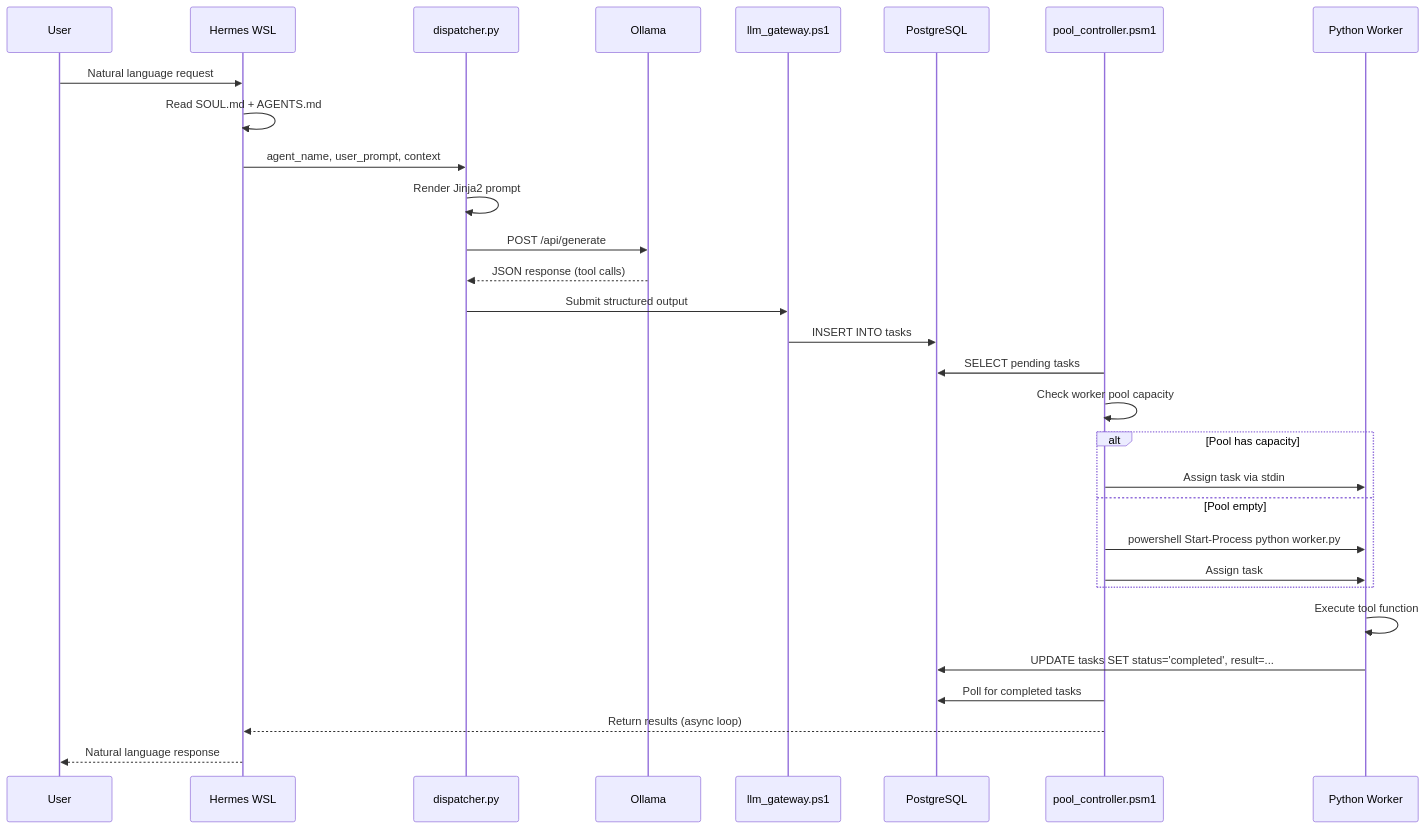
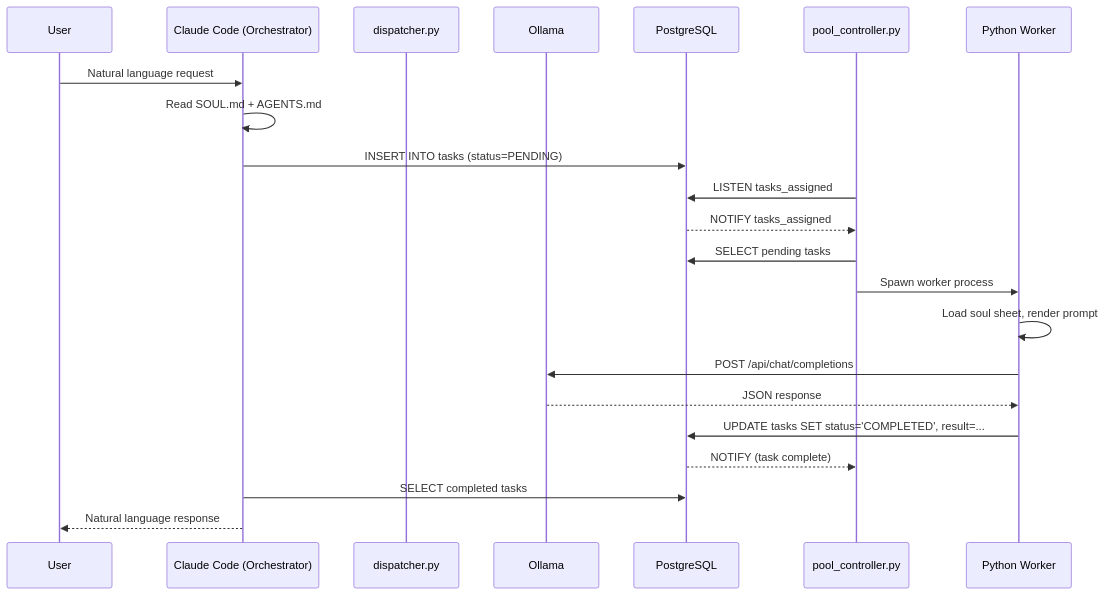
One commit to goldfly1/rasa changed the diagram in docs/ARCHITECTURE_OVERVIEW.md. Above: the diagram before and after it, drawn with Mermaid. The commit also changed other lines of this file and 71 other files, not shown here.

First line of the commit message:
Phase 1 Gate 2: Policy Engine, Memory Subsystem, LLM Gateway — all three core services built

````diff
--- a/docs/ARCHITECTURE_OVERVIEW.md
+++ b/docs/ARCHITECTURE_OVERVIEW.md
@@ -47,33 +41,25 @@
 ```mermaid
 sequenceDiagram
     participant U as User
-    participant H as Hermes WSL
+    participant CC as Claude Code (Orchestrator)
     participant D as dispatcher.py
     participant O as Ollama
-    participant G as llm_gateway.ps1
     participant DB as PostgreSQL
-    participant P as pool_controller.psm1
+    participant P as pool_controller.py
     participant W as Python Worker
 
-    U->>H: Natural language request
-    H->>H: Read SOUL.md + AGENTS.md
-    H->>D: agent_name, user_prompt, context
-    D->>D: Render Jinja2 prompt
-    D->>O: POST /api/generate
-    O-->>D: JSON response (tool calls)
-    D->>G: Submit structured output
-    G->>DB: INSERT INTO tasks
+    U->>CC: Natural language request
+    CC->>CC: Read SOUL.md + AGENTS.md
+    CC->>DB: INSERT INTO tasks (status=PENDING)
+    P->>DB: LISTEN tasks_assigned
+    DB-->>P: NOTIFY tasks_assigned
     P->>DB: SELECT pending tasks
-    P->>P: Check worker pool capacity
-    alt Pool has capacity
-        P->>W: Assign task via stdin
-    else Pool empty
-        P->>W: powershell Start-Process python worker.py
-        P->>W: Assign task
-    end
-    W->>W: Execute tool function
-    W->>DB: UPDATE tasks SET status='completed', result=...
-    P->>DB: Poll for completed tasks
-    P-->>H: Return results (async loop)
-    H-->>U: Natural language response
+    P->>W: Spawn worker process
+    W->>W: Load soul sheet, render prompt
+    W->>O: POST /api/chat/completions
+    O-->>W: JSON response
+    W->>DB: UPDATE tasks SET status='COMPLETED', result=...
+    DB-->>P: NOTIFY (task complete)
+    CC->>DB: SELECT completed tasks
+    CC-->>U: Natural language response
 ```
````
